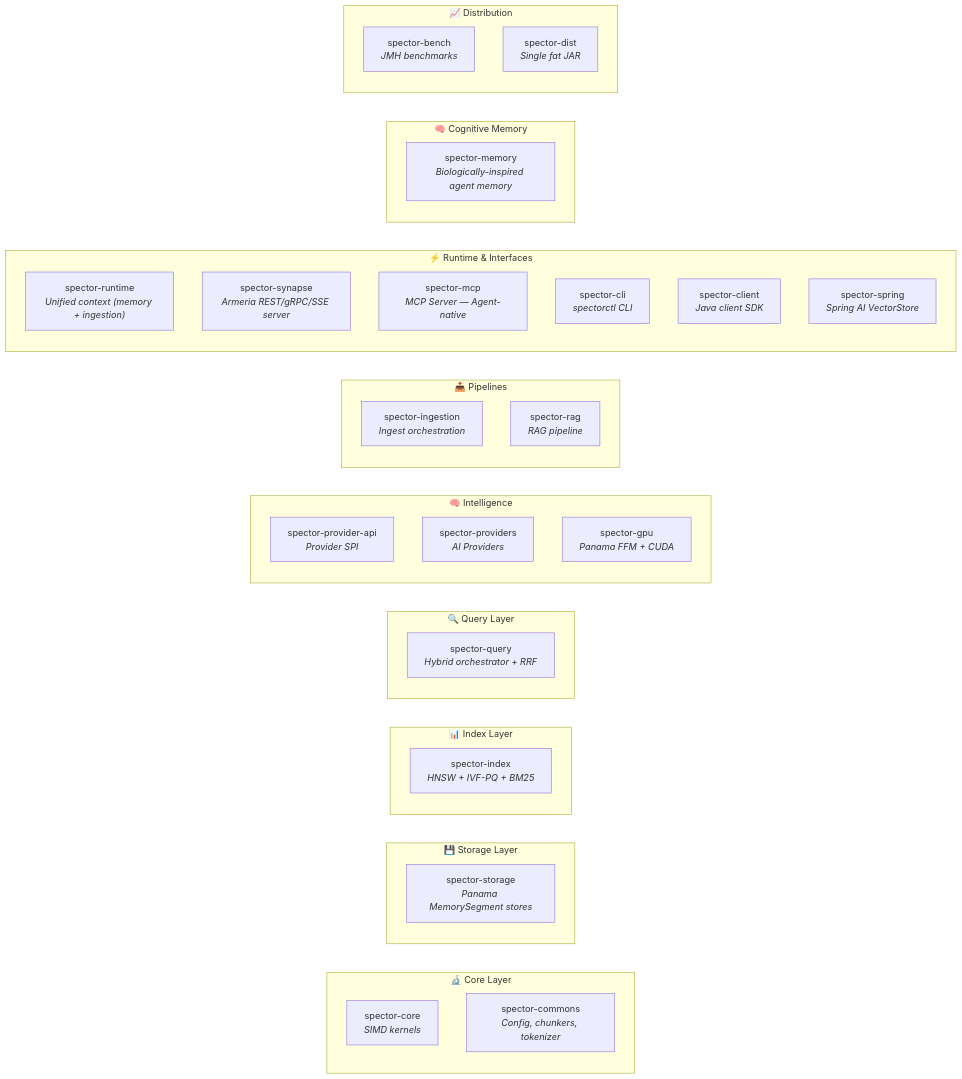
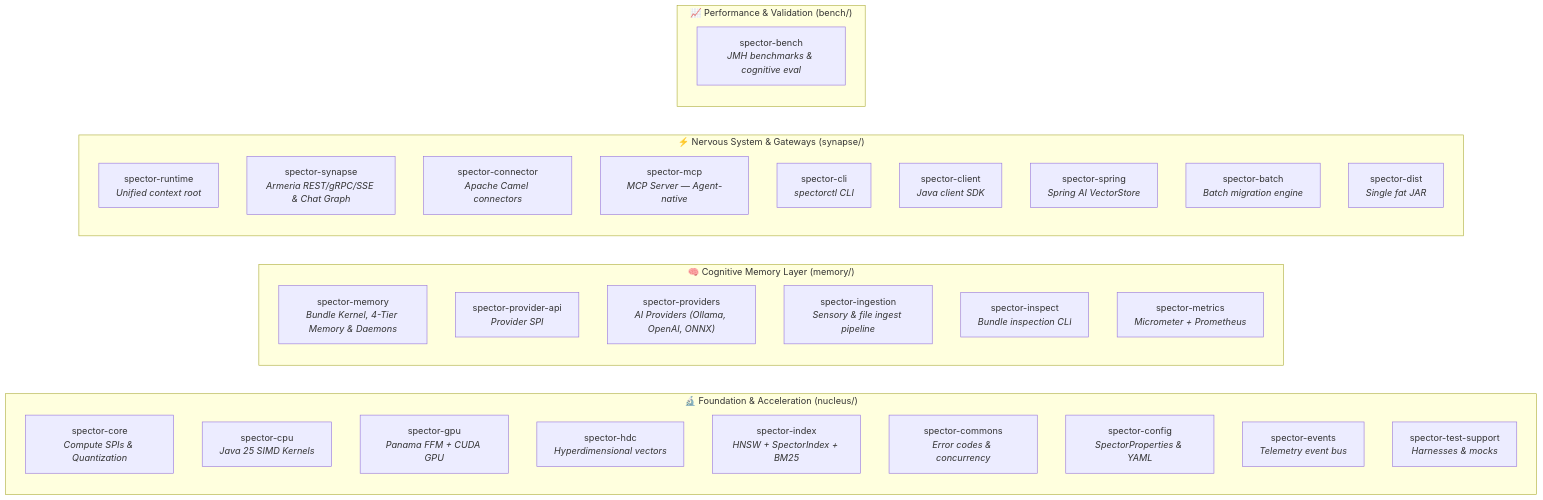
One commit to spectrayan/spector changed the sixth of 12 diagrams in docs/docs/architecture/overview.md. Above: the diagram before and after it, drawn with Mermaid. The commit also changed other lines of this file and 43 other files, not shown here.

First line of the commit message:
docs(architecture): update diagrams, module maps, and guides post storage/query decommissioning (#653)

````diff
--- a/docs/docs/architecture/overview.md
+++ b/docs/docs/architecture/overview.md
@@ -263,48 +263,39 @@
 ```mermaid
 graph LR
-    subgraph "🔬 Core Layer"
-        core["spector-core<br/><i>SIMD kernels</i>"]
-        commons["spector-commons<br/><i>Config, chunkers, tokenizer</i>"]
+    subgraph "🔬 Foundation & Acceleration (nucleus/)"
+        core["spector-core<br/><i>Compute SPIs & Quantization</i>"]
+        cpu["spector-cpu<br/><i>Java 25 SIMD Kernels</i>"]
+        gpu["spector-gpu<br/><i>Panama FFM + CUDA GPU</i>"]
+        hdc["spector-hdc<br/><i>Hyperdimensional vectors</i>"]
+        index["spector-index<br/><i>HNSW + SpectorIndex + BM25</i>"]
+        commons["spector-commons<br/><i>Error codes & concurrency</i>"]
+        config["spector-config<br/><i>SpectorProperties & YAML</i>"]
+        events["spector-events<br/><i>Telemetry event bus</i>"]
+        testsupport["spector-test-support<br/><i>Harnesses & mocks</i>"]
     end
 
-    subgraph "💾 Storage Layer"
-        storage["spector-storage<br/><i>Panama MemorySegment stores</i>"]
+    subgraph "🧠 Cognitive Memory Layer (memory/)"
+        memory["spector-memory<br/><i>Bundle Kernel, 4-Tier Memory & Daemons</i>"]
+        providerapi["spector-provider-api<br/><i>Provider SPI</i>"]
+        providers["spector-providers<br/><i>AI Providers (Ollama, OpenAI, ONNX)</i>"]
+        ingestion["spector-ingestion<br/><i>Sensory & file ingest pipeline</i>"]
+        inspect["spector-inspect<br/><i>Bundle inspection CLI</i>"]
+        metrics["spector-metrics<br/><i>Micrometer + Prometheus</i>"]
     end
 
-    subgraph "📊 Index Layer"
-        index["spector-index<br/><i>HNSW + IVF-PQ + BM25</i>"]
-    end
-
-    subgraph "🔍 Query Layer"
-        query["spector-query<br/><i>Hybrid orchestrator + RRF</i>"]
-    end
-
-    subgraph "🧠 Intelligence"
-        providerapi["spector-provider-api<br/><i>Provider SPI</i>"]
-        providers["spector-providers<br/><i>AI Providers</i>"]
-        gpu["spector-gpu<br/><i>Panama FFM + CUDA</i>"]
-    end
-
-    subgraph "📥 Pipelines"
-        ingestion["spector-ingestion<br/><i>Ingest orchestration</i>"]
-        rag["spector-rag<br/><i>RAG pipeline</i>"]
-    end
-
-    subgraph "⚡ Runtime & Interfaces"
-        runtime["spector-runtime<br/><i>Unified context (memory + ingestion)</i>"]
-        synapse["spector-synapse<br/><i>Armeria REST/gRPC/SSE server</i>"]
+    subgraph "⚡ Nervous System & Gateways (synapse/)"
+        runtime["spector-runtime<br/><i>Unified context root</i>"]
+        synapse["spector-synapse<br/><i>Armeria REST/gRPC/SSE & Chat Graph</i>"]
+        connector["spector-connector<br/><i>Apache Camel connectors</i>"]
         mcp["spector-mcp<br/><i>MCP Server — Agent-native</i>"]
         cli["spector-cli<br/><i>spectorctl CLI</i>"]
         client["spector-client<br/><i>Java client SDK</i>"]
         spring["spector-spring<br/><i>Spring AI VectorStore</i>"]
+        batch["spector-batch<br/><i>Batch migration engine</i>"]
+        dist["spector-dist<br/><i>Single fat JAR</i>"]
     end
 
-    subgraph "🧠 Cognitive Memory"
-        memory["spector-memory<br/><i>Biologically-inspired agent memory</i>"]
-    end
-
-    subgraph "📈 Distribution"
-        bench["spector-bench<br/><i>JMH benchmarks</i>"]
-        dist["spector-dist<br/><i>Single fat JAR</i>"]
+    subgraph "📈 Performance & Validation (bench/)"
+        bench["spector-bench<br/><i>JMH benchmarks & cognitive eval</i>"]
     end
 ```
````
